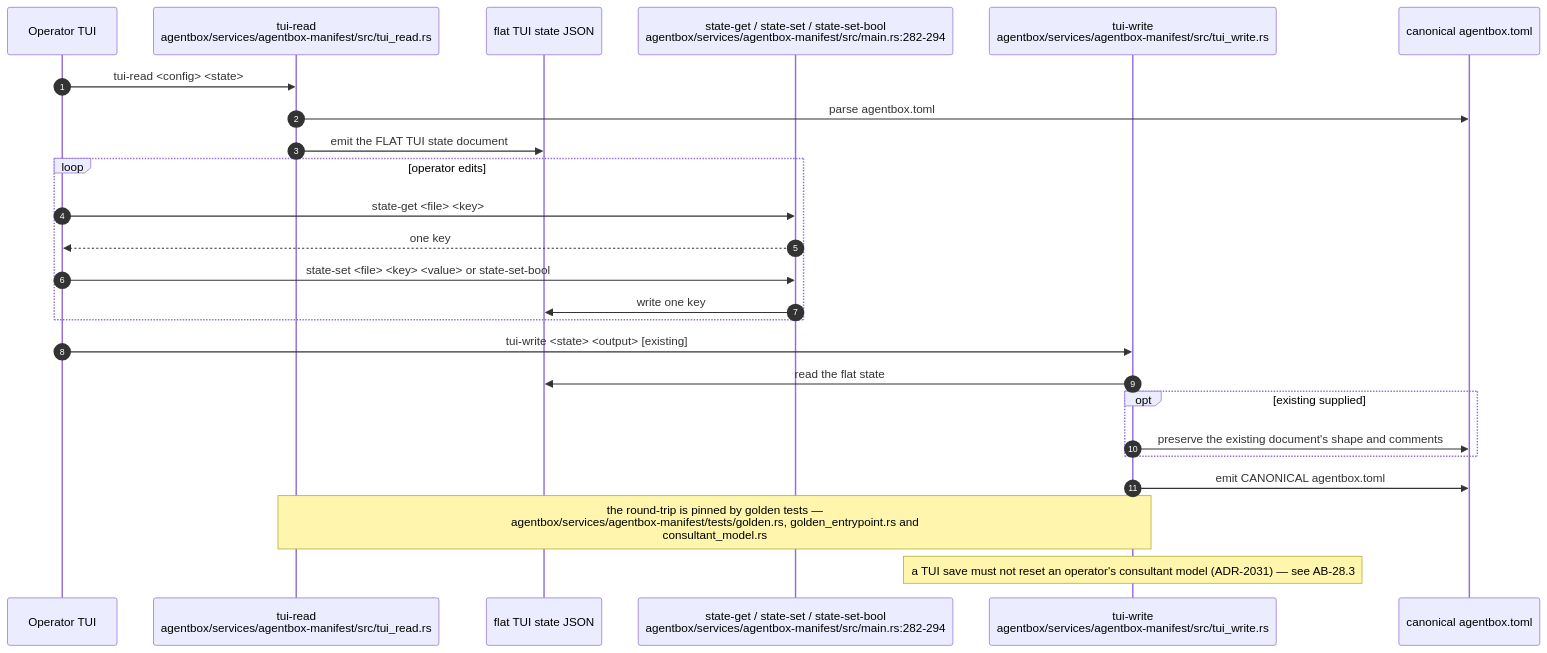
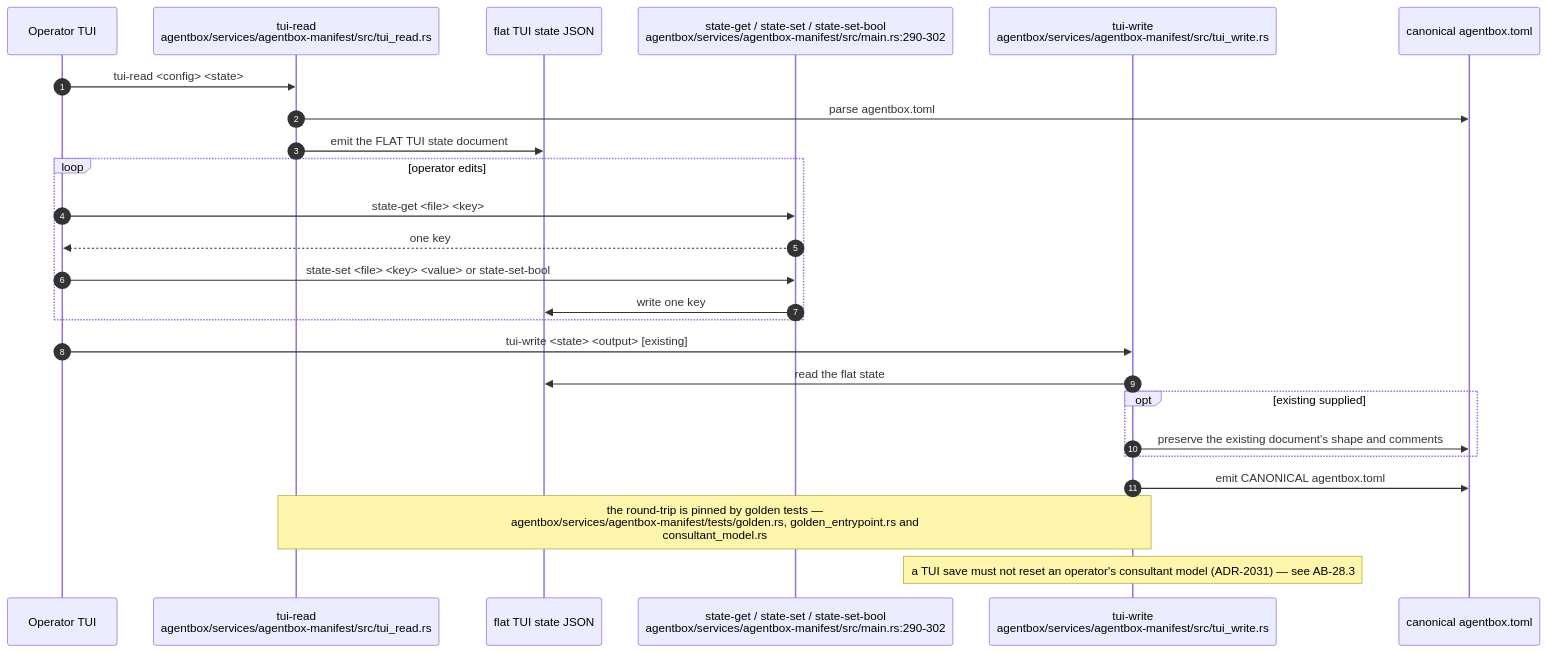
One commit to DreamLab-AI/VisionFlow changed the fourth of 10 diagrams in docs/diagrams/agentbox/28-agentbox-services-and-manifest-binary.md. Above: the diagram before and after it, drawn with Mermaid. The commit also changed other lines of this file and 160 other files, not shown here.

````diff
--- a/docs/diagrams/agentbox/28-agentbox-services-and-manifest-binary.md
+++ b/docs/diagrams/agentbox/28-agentbox-services-and-manifest-binary.md
@@ -206,28 +214,28 @@
 ```mermaid
 sequenceDiagram
     autonumber
     participant OP as Operator TUI
     participant RD as tui-read<br/>agentbox/services/agentbox-manifest/src/tui_read.rs
     participant STATE as flat TUI state JSON
-    participant GET as state-get / state-set / state-set-bool<br/>agentbox/services/agentbox-manifest/src/main.rs:282-294
+    participant GET as state-get / state-set / state-set-bool<br/>agentbox/services/agentbox-manifest/src/main.rs:290-302
     participant WR as tui-write<br/>agentbox/services/agentbox-manifest/src/tui_write.rs
     participant TOML as canonical agentbox.toml
 
     OP->>RD: tui-read <config> <state>
     RD->>TOML: parse agentbox.toml
     RD->>STATE: emit the FLAT TUI state document
     loop operator edits
         OP->>GET: state-get <file> <key>
         GET-->>OP: one key
         OP->>GET: state-set <file> <key> <value> or state-set-bool
         GET->>STATE: write one key
     end
     OP->>WR: tui-write <state> <output> [existing]
     WR->>STATE: read the flat state
     opt existing supplied
         WR->>TOML: preserve the existing document's shape and comments
     end
     WR->>TOML: emit CANONICAL agentbox.toml
     Note over RD,WR: the round-trip is pinned by golden tests —<br/>agentbox/services/agentbox-manifest/tests/golden.rs, golden_entrypoint.rs and<br/>consultant_model.rs
     Note over WR: a TUI save must not reset an operator's consultant model (ADR-2031) — see AB-28.3
 ```
````
